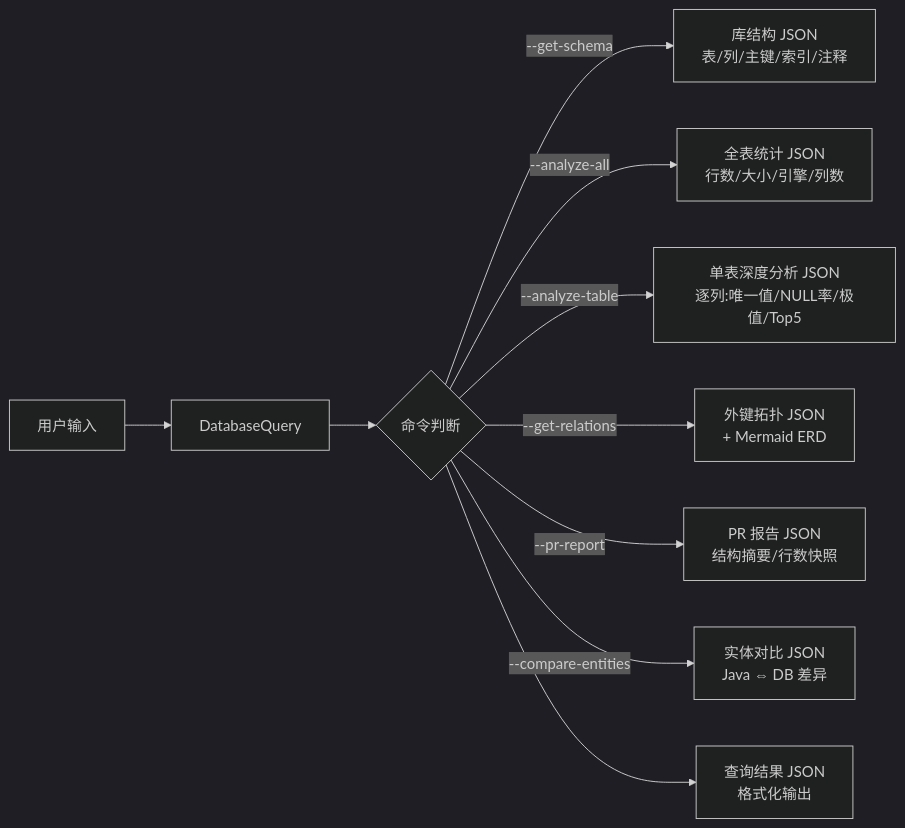
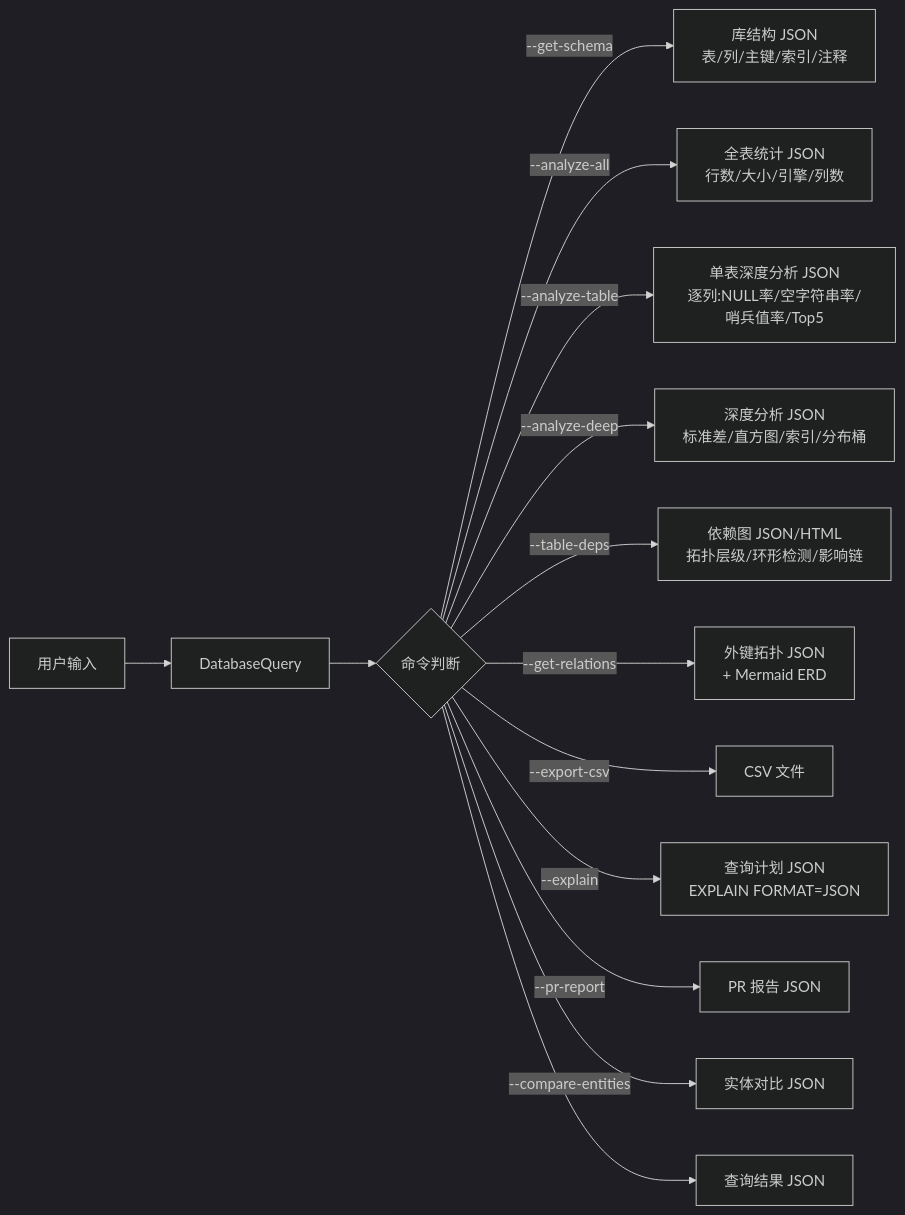
One commit to chichengyu/java-developer-skill changed the diagram in skills/java-mysql-query/SKILL.md. Above: the diagram before and after it, drawn with Mermaid (dark theme). The commit also changed other lines of this file and 1 other file, not shown here.

````diff
--- a/skills/java-mysql-query/SKILL.md
+++ b/skills/java-mysql-query/SKILL.md
@@ -192,12 +60,16 @@
 ```mermaid
 flowchart LR
     A[用户输入] --> B[DatabaseQuery]
     B --> C{命令判断}
     C -->|--get-schema| D[库结构 JSON<br/>表/列/主键/索引/注释]
     C -->|--analyze-all| E[全表统计 JSON<br/>行数/大小/引擎/列数]
-    C -->|--analyze-table| F[单表深度分析 JSON<br/>逐列:唯一值/NULL率/极值/Top5]
-    C -->|--get-relations| G[外键拓扑 JSON<br/>+ Mermaid ERD]
-    C -->|--pr-report| H[PR 报告 JSON<br/>结构摘要/行数快照]
-    C -->|--compare-entities| I[实体对比 JSON<br/>Java ⇔ DB 差异]
-    C -->|<SQL>| J[查询结果 JSON<br/>格式化输出]
+    C -->|--analyze-table| F[单表深度分析 JSON<br/>逐列:NULL率/空字符串率/哨兵值率/Top5]
+    C -->|--analyze-deep| G[深度分析 JSON<br/>标准差/直方图/索引/分布桶]
+    C -->|--table-deps| H[依赖图 JSON/HTML<br/>拓扑层级/环形检测/影响链]
+    C -->|--get-relations| I[外键拓扑 JSON<br/>+ Mermaid ERD]
+    C -->|--export-csv| J[CSV 文件]
+    C -->|--explain| K[查询计划 JSON<br/>EXPLAIN FORMAT=JSON]
+    C -->|--pr-report| L[PR 报告 JSON]
+    C -->|--compare-entities| M[实体对比 JSON]
+    C -->|<SQL>| N[查询结果 JSON]
 ```
````
